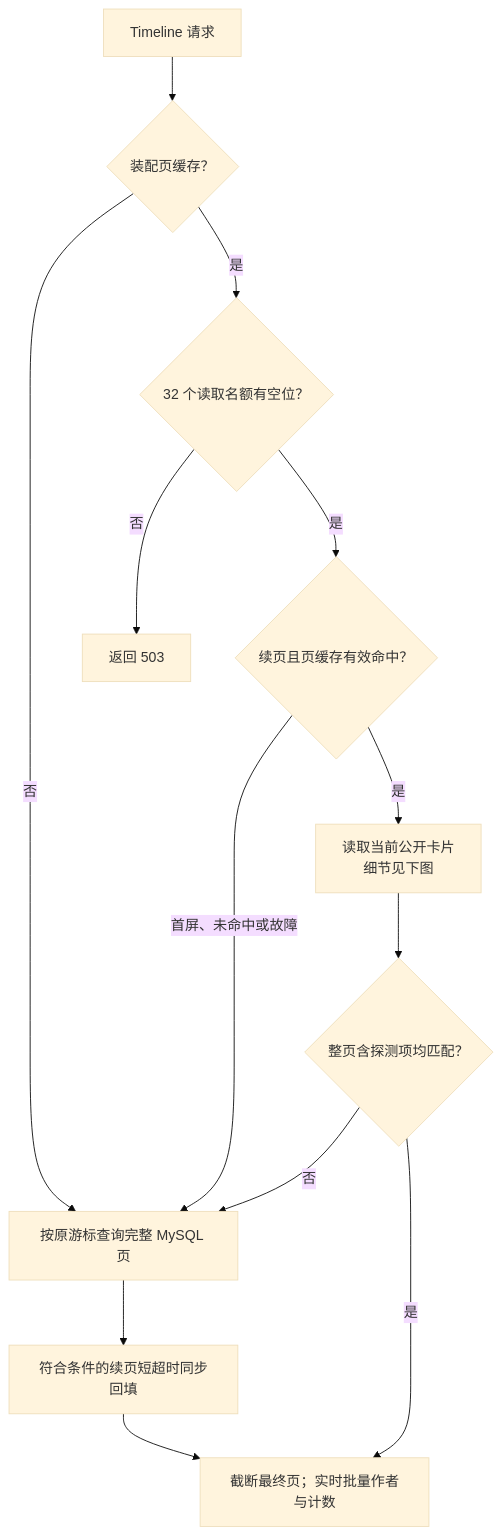
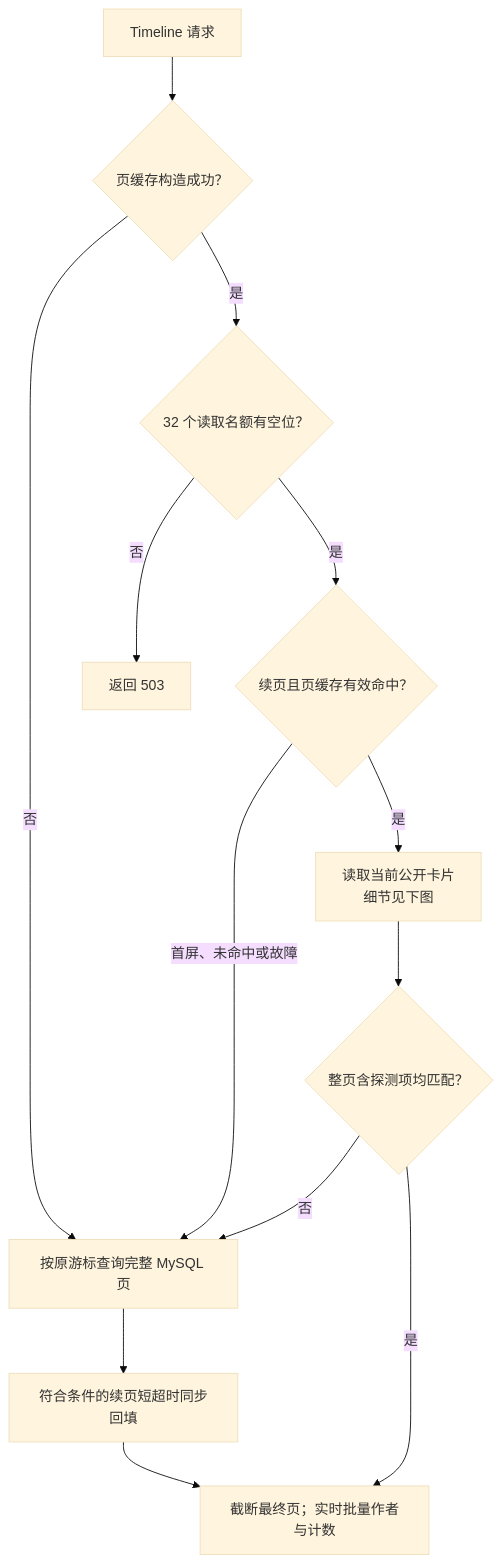
The fourth of 10 diagrams in docs/SOURCE_CODE_GUIDE.md (E1aina2007/GoFeed), drawn with Mermaid (base theme) before and after one commit. The commit also changed other lines of this file and 14 other files, not shown here.

````diff
--- a/docs/SOURCE_CODE_GUIDE.md
+++ b/docs/SOURCE_CODE_GUIDE.md
@@ -281,15 +285,15 @@
 ```mermaid
 flowchart TD
-    Req["Timeline 请求"] --> Enabled{"装配页缓存？"}
-    Enabled -->|否| SQL["按原游标查询完整 MySQL 页"]
-    Enabled -->|是| Slot{"32 个读取名额有空位？"}
+    Req["Timeline 请求"] --> Cache{"页缓存构造成功？"}
+    Cache -->|否| SQL["按原游标查询完整 MySQL 页"]
+    Cache -->|是| Slot{"32 个读取名额有空位？"}
     Slot -->|否| Busy["返回 503"]
     Slot -->|是| Page{"续页且页缓存有效命中？"}
     Page -->|首屏、未命中或故障| SQL
     Page -->|是| Cards["读取当前公开卡片<br/>细节见下图"]
     Cards --> Match{"整页含探测项均匹配？"}
     Match -->|否| SQL
     Match -->|是| Join["截断最终页；实时批量作者与计数"]
     SQL --> Fill["符合条件的续页短超时同步回填"]
     Fill --> Join
 ```
````
